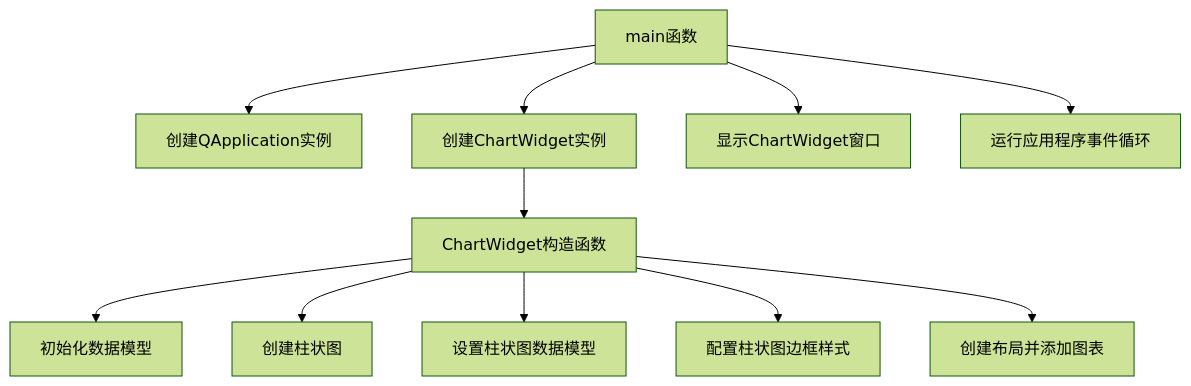
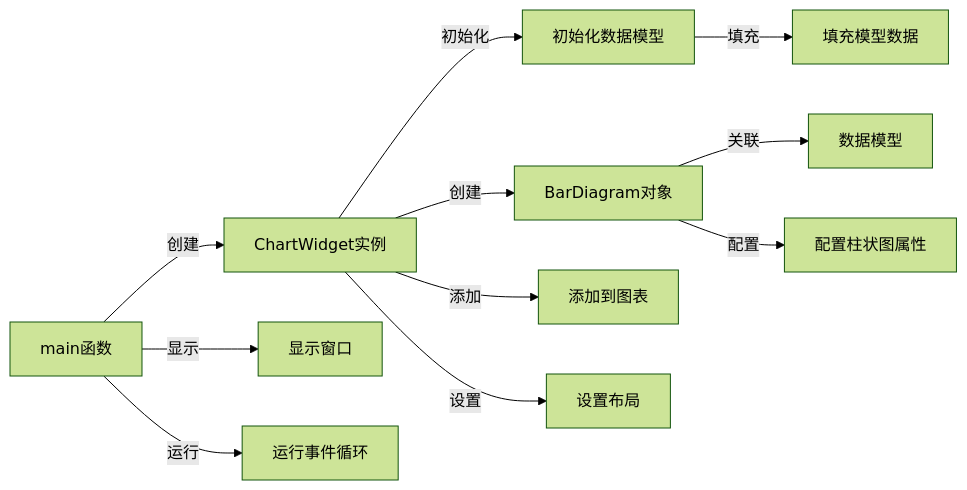
The second of 2 diagrams in examples/Bars/Simple/README.md (cheng25/KDChart), drawn with Mermaid (forest theme) before and after one commit. The commit also changed other lines of this file and 49 other files, not shown here.

````diff
--- a/examples/Bars/Simple/README.md
+++ b/examples/Bars/Simple/README.md
@@ -50,14 +57,13 @@
 ```mermaid
-graph TD
-    F[main函数]
-    F --> G[创建QApplication实例]
-    F --> H[创建ChartWidget实例]
-    H --> I[ChartWidget构造函数]
-    I --> J[初始化数据模型]
-    I --> K[创建柱状图]
-    I --> L[设置柱状图数据模型]
-    I --> M[配置柱状图边框样式]
-    I --> N[创建布局并添加图表]
-    F --> O[显示ChartWidget窗口]
-    F --> P[运行应用程序事件循环]
+graph LR
+    main[main函数] --> |创建| ChartWidget[ChartWidget实例]
+    ChartWidget --> |初始化| initModel[初始化数据模型]
+    initModel --> |填充| fillData[填充模型数据]
+    ChartWidget --> |创建| BarDiagram[BarDiagram对象]
+    BarDiagram --> |关联| Model[数据模型]
+    BarDiagram --> |配置| configBar[配置柱状图属性]
+    ChartWidget --> |添加| addToChart[添加到图表]
+    ChartWidget --> |设置| setLayout[设置布局]
+    main --> |显示| showWidget[显示窗口]
+    main --> |运行| execLoop[运行事件循环]
 ```
````
